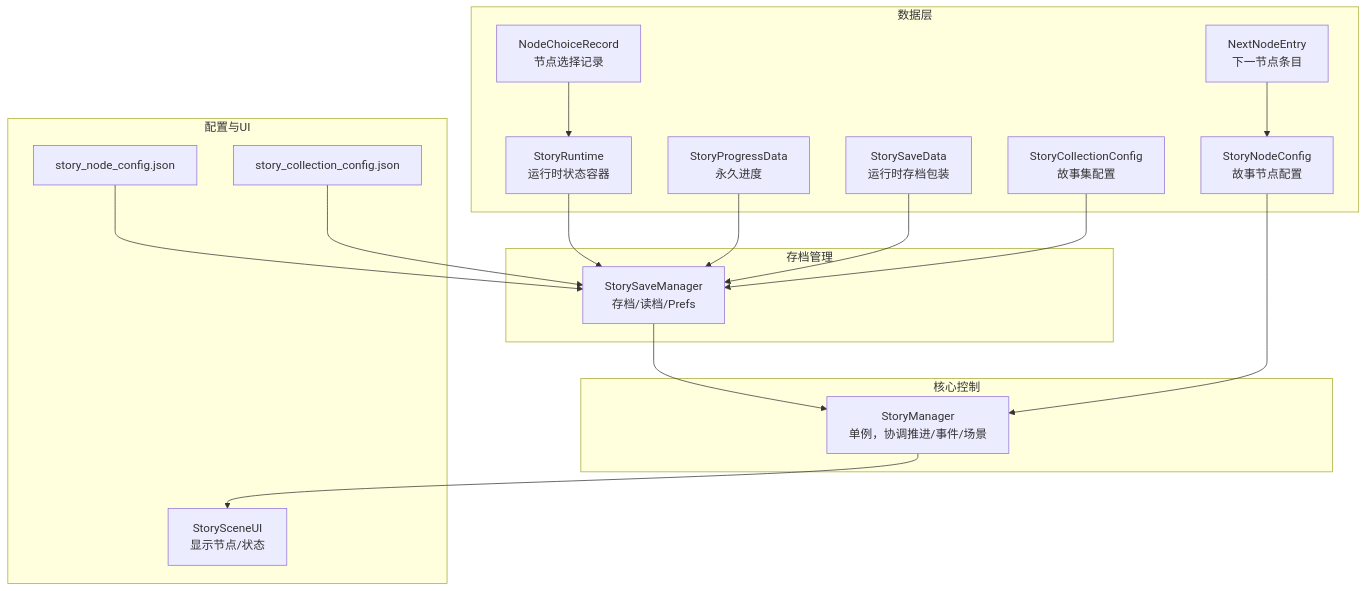
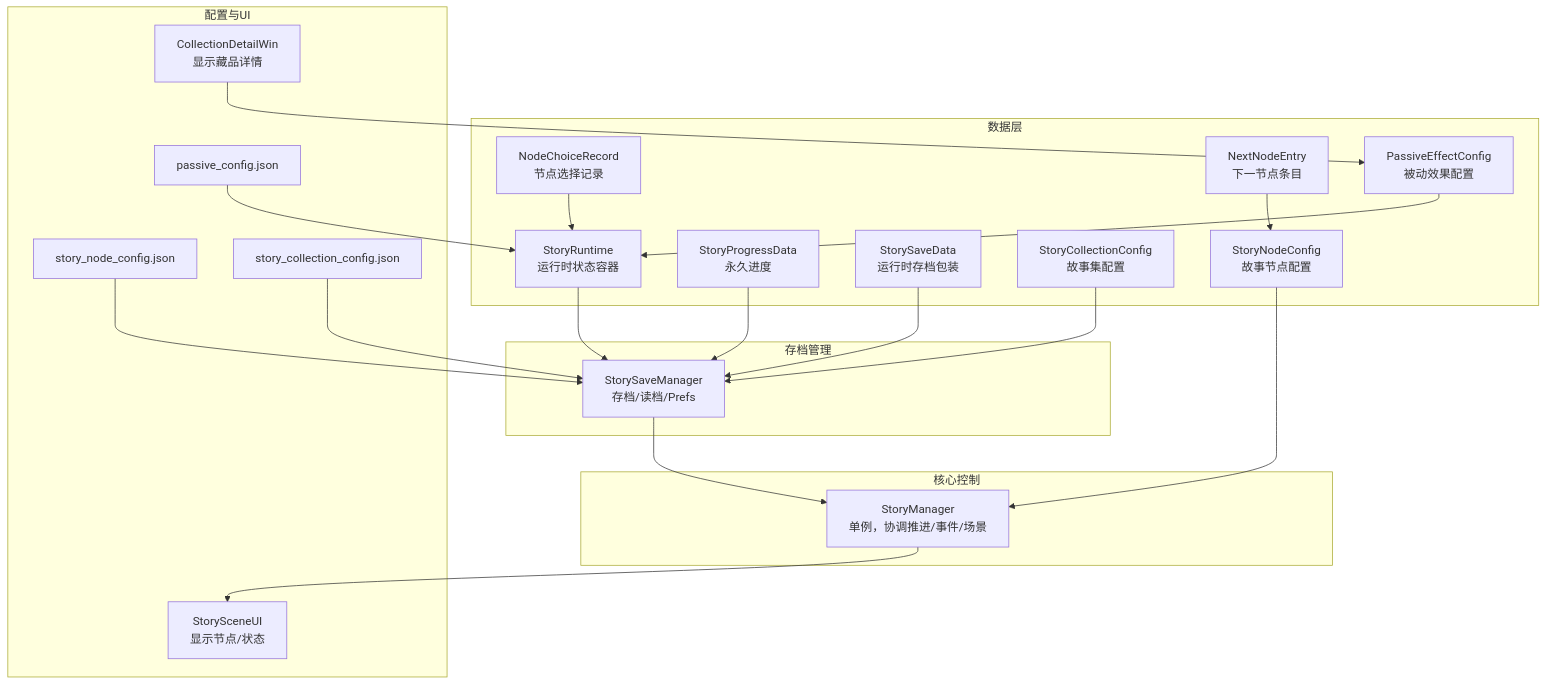
Before and after one commit to Tuusen/p1_client: the first of 7 diagrams in .qoder/repowiki/zh/content/故事剧情系统/故事运行时系统.md, drawn with Mermaid. The commit also changed other lines of this file and 6 other files, not shown here.

````diff
--- a/.qoder/repowiki/zh/content/故事剧情系统/故事运行时系统.md
+++ b/.qoder/repowiki/zh/content/故事剧情系统/故事运行时系统.md
@@ -37,34 +48,40 @@
 ```mermaid
 graph TB
 subgraph "数据层"
 SR["StoryRuntime<br/>运行时状态容器"]
 SPD["StoryProgressData<br/>永久进度"]
 SSD["StorySaveData<br/>运行时存档包装"]
 NCR["NodeChoiceRecord<br/>节点选择记录"]
 SCN["StoryCollectionConfig<br/>故事集配置"]
 SNC["StoryNodeConfig<br/>故事节点配置"]
 NNE["NextNodeEntry<br/>下一节点条目"]
+PEC["PassiveEffectConfig<br/>被动效果配置"]
 end
 subgraph "核心控制"
 SM["StoryManager<br/>单例，协调推进/事件/场景"]
 end
 subgraph "存档管理"
 SSM["StorySaveManager<br/>存档/读档/Prefs"]
 end
 subgraph "配置与UI"
 JN["story_node_config.json"]
 JSC["story_collection_config.json"]
+JPC["passive_config.json"]
 UI["StorySceneUI<br/>显示节点/状态"]
+CDW["CollectionDetailWin<br/>显示藏品详情"]
 end
 SR --> SSM
 SPD --> SSM
 SSD --> SSM
 NCR --> SR
 SCN --> SSM
 SNC --> SM
 NNE --> SNC
+PEC --> SR
 JN --> SSM
 JSC --> SSM
+JPC --> SR
 SM --> UI
 SSM --> SM
+CDW --> PEC
 ```
````
